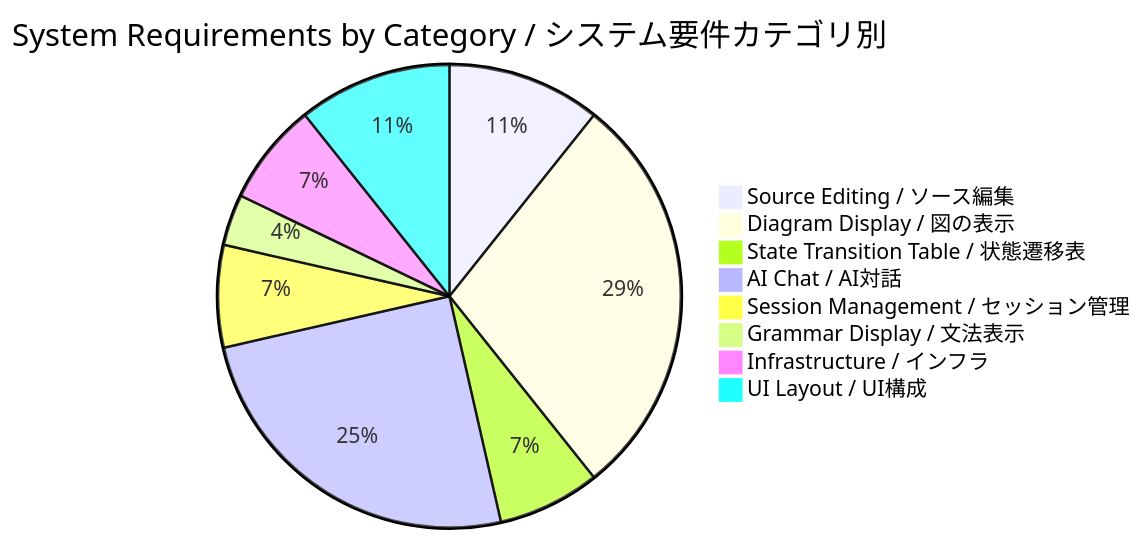
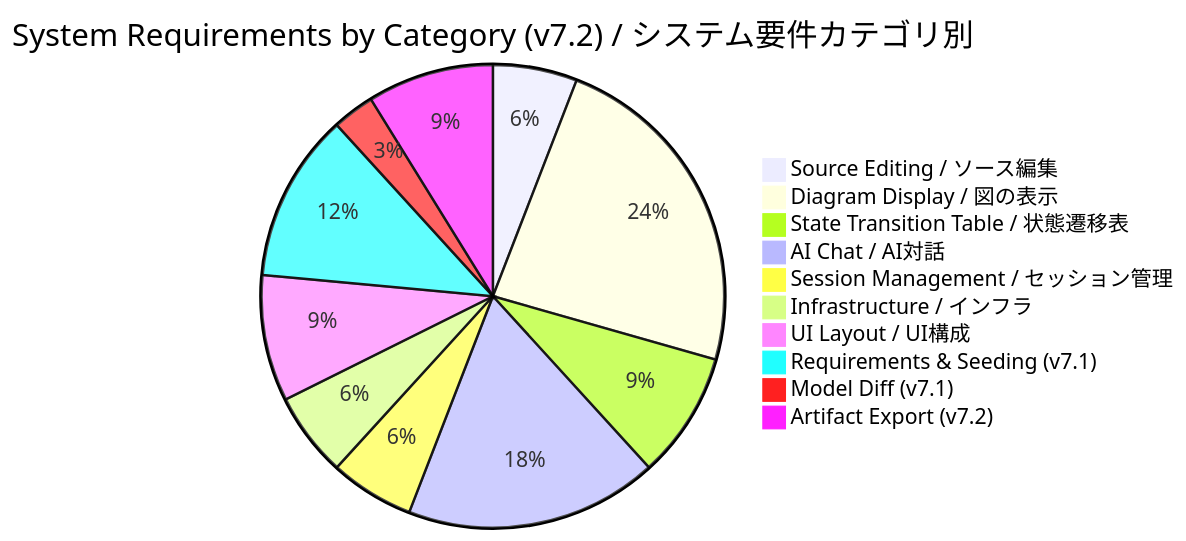
The second of 2 diagrams in Doc/Traceability.md (sho1884/ModelLogue), drawn with Mermaid before and after one commit. The commit also changed other lines of this file and 51 other files, not shown here.

````diff
--- a/Doc/Traceability.md
+++ b/Doc/Traceability.md
@@ -180,11 +214,13 @@
 ```mermaid
-pie title System Requirements by Category / システム要件カテゴリ別
-    "Source Editing / ソース編集" : 3
+pie title System Requirements by Category (v7.2) / システム要件カテゴリ別
+    "Source Editing / ソース編集" : 2
     "Diagram Display / 図の表示" : 8
-    "State Transition Table / 状態遷移表" : 2
-    "AI Chat / AI対話" : 7
+    "State Transition Table / 状態遷移表" : 3
+    "AI Chat / AI対話" : 6
     "Session Management / セッション管理" : 2
-    "Grammar Display / 文法表示" : 1
     "Infrastructure / インフラ" : 2
     "UI Layout / UI構成" : 3
+    "Requirements & Seeding (v7.1)" : 4
+    "Model Diff (v7.1)" : 1
+    "Artifact Export (v7.2)" : 3
 ```
````
